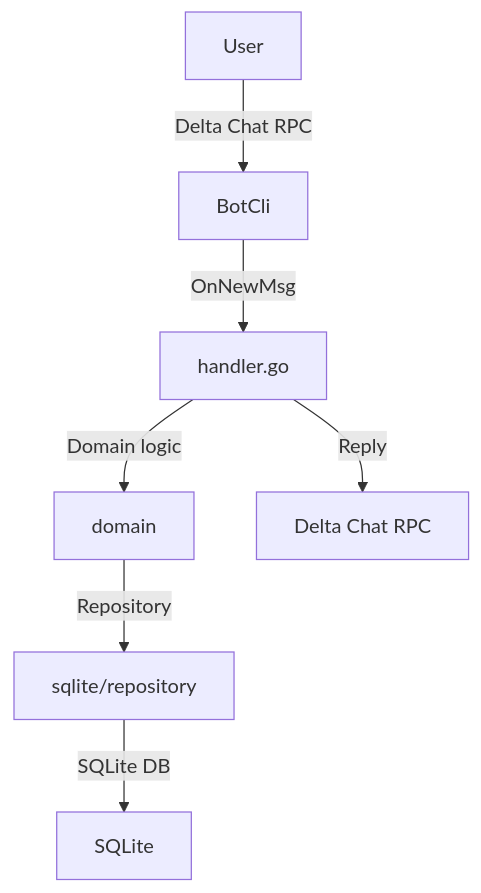
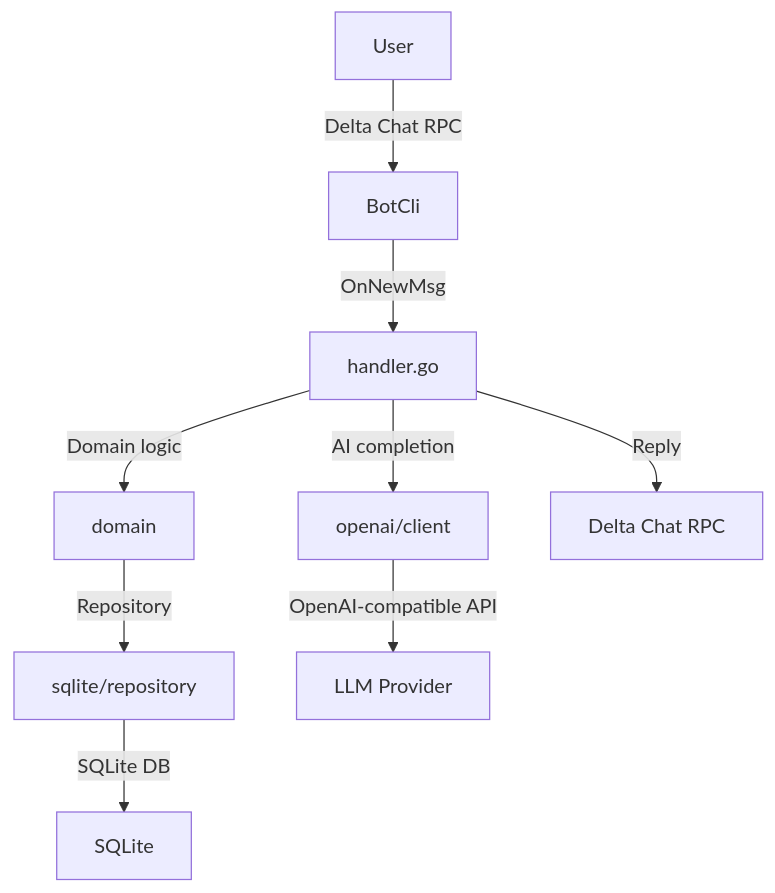
One commit to Polpetta/patrizio-bot changed the diagram in docs/dev/architecture.md. Above: the diagram before and after it, drawn with Mermaid. The commit also changed other lines of this file and 48 other files, not shown here.

````diff
--- a/docs/dev/architecture.md
+++ b/docs/dev/architecture.md
@@ -19,9 +19,11 @@
 ```mermaid
 flowchart TD
   A[User] -->|Delta Chat RPC| B[BotCli]
   B -->|OnNewMsg| C[handler.go]
   C -->|Domain logic| D[domain]
   D -->|Repository| E[sqlite/repository]
   E -->|SQLite DB| F[SQLite]
+  C -->|AI completion| H[openai/client]
+  H -->|OpenAI-compatible API| I[LLM Provider]
   C -->|Reply| G[Delta Chat RPC]
 ```
````
